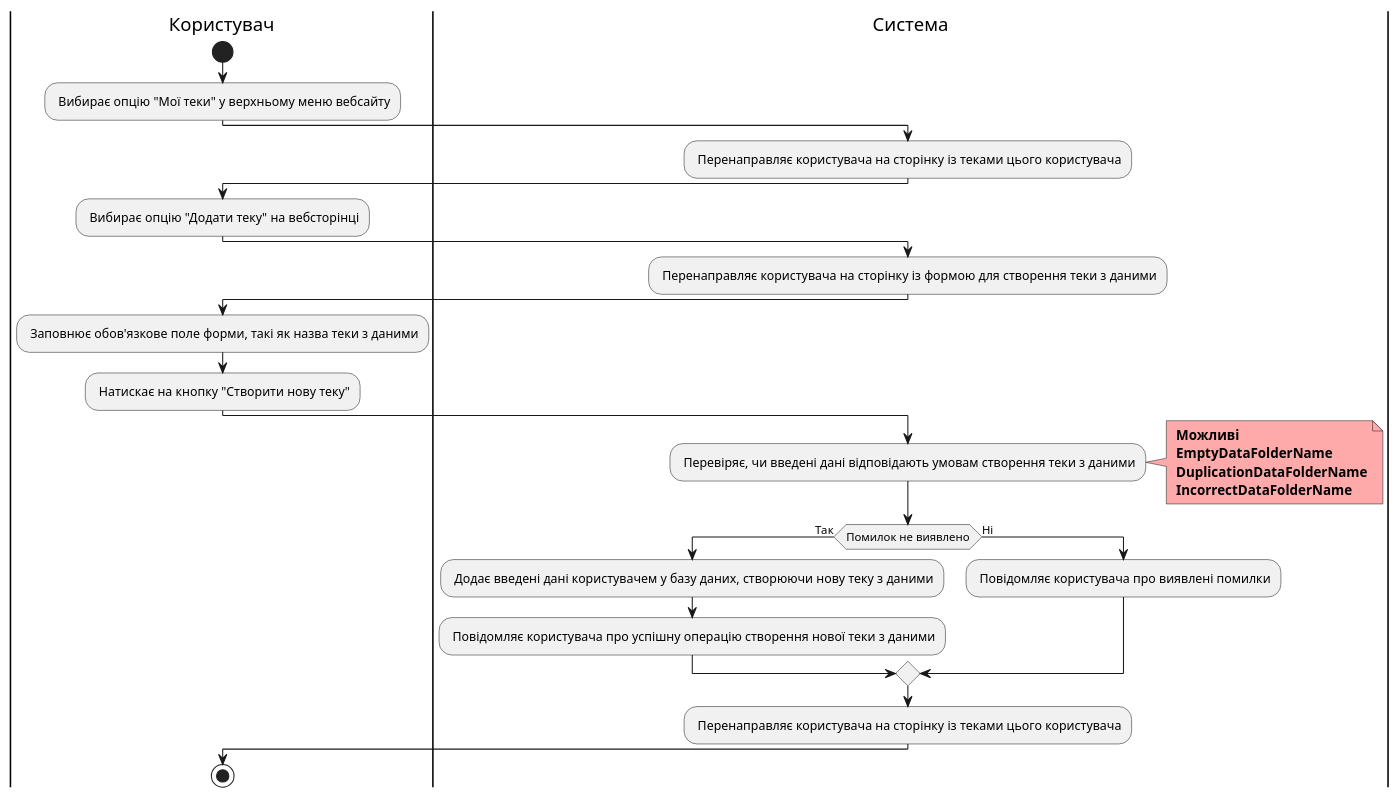
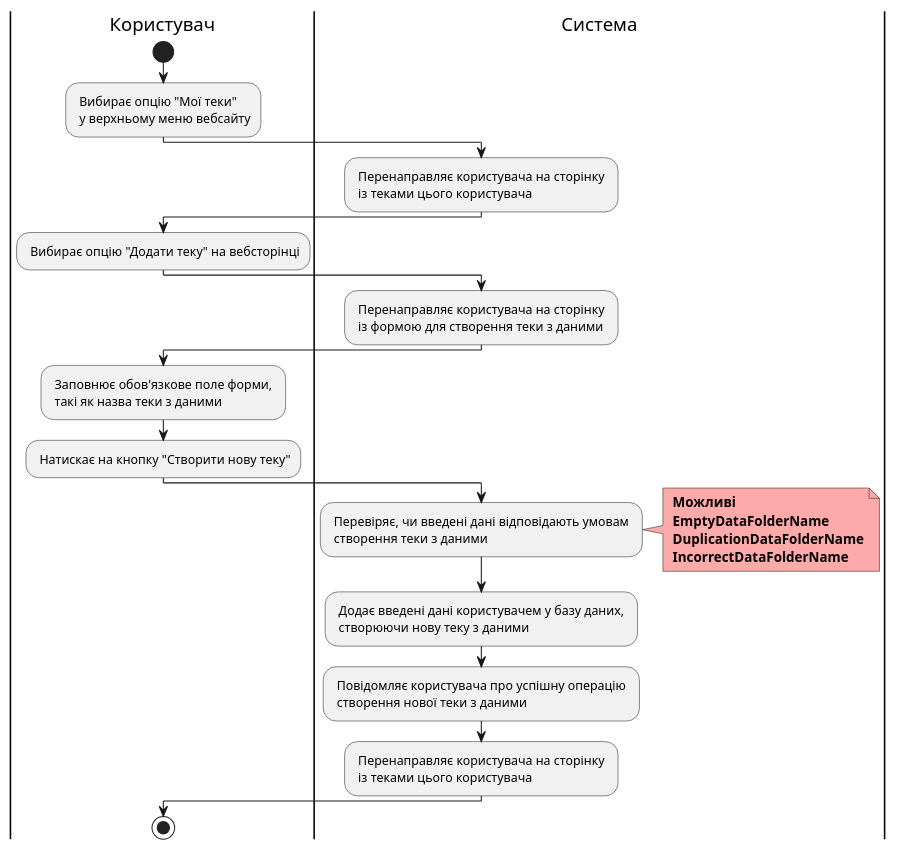
Before and after one commit to edu-db/edu_db_labs: diagram 15 of 19 in docs/use cases/README.md, drawn with PlantUML. The commit also changed other lines of this file, not shown here.

```diff
--- a/docs/use cases/README.md
+++ b/docs/use cases/README.md
@@ -572,42 +572,38 @@
 @startuml
 
     |Користувач|
     start;
-    : Вибирає опцію "Мої теки" у верхньому меню вебсайту;
+    : Вибирає опцію "Мої теки" \n у верхньому меню вебсайту;
 
     |Система|
-    : Перенаправляє користувача на сторінку із теками цього користувача;
+    : Перенаправляє користувача на сторінку \n із теками цього користувача;
 
     |Користувач|
     : Вибирає опцію "Додати теку" на вебсторінці;
 
     |Система|
-    : Перенаправляє користувача на сторінку із формою для створення теки з даними;
+    : Перенаправляє користувача на сторінку \n із формою для створення теки з даними;
 
     |Користувач|
-    : Заповнює обов'язкове поле форми, такі як назва теки з даними;
+    : Заповнює обов'язкове поле форми, \n такі як назва теки з даними;
     : Натискає на кнопку "Створити нову теку";
 
     |Система|
-    : Перевіряє, чи введені дані відповідають умовам створення теки з даними;
+    : Перевіряє, чи введені дані відповідають умовам \n створення теки з даними;
     note right #ffaaaa
     <b> Можливі
     <b> EmptyDataFolderName
     <b> DuplicationDataFolderName
     <b> IncorrectDataFolderName
     end note
 
-    if (Помилок не виявлено) then (Так)
-    : Додає введені дані користувачем у базу даних, створюючи нову теку з даними;
-    : Повідомляє користувача про успішну операцію створення нової теки з даними;
-    else (Ні)
-    : Повідомляє користувача про виявлені помилки;
-    endif
+    : Додає введені дані користувачем у базу даних, \n створюючи нову теку з даними;
+    : Повідомляє користувача про успішну операцію \n створення нової теки з даними;
 
     |Система|
-    : Перенаправляє користувача на сторінку із теками цього користувача;
+    : Перенаправляє користувача на сторінку \n із теками цього користувача;
 
     |Користувач|
     stop;
 
 @enduml
```
